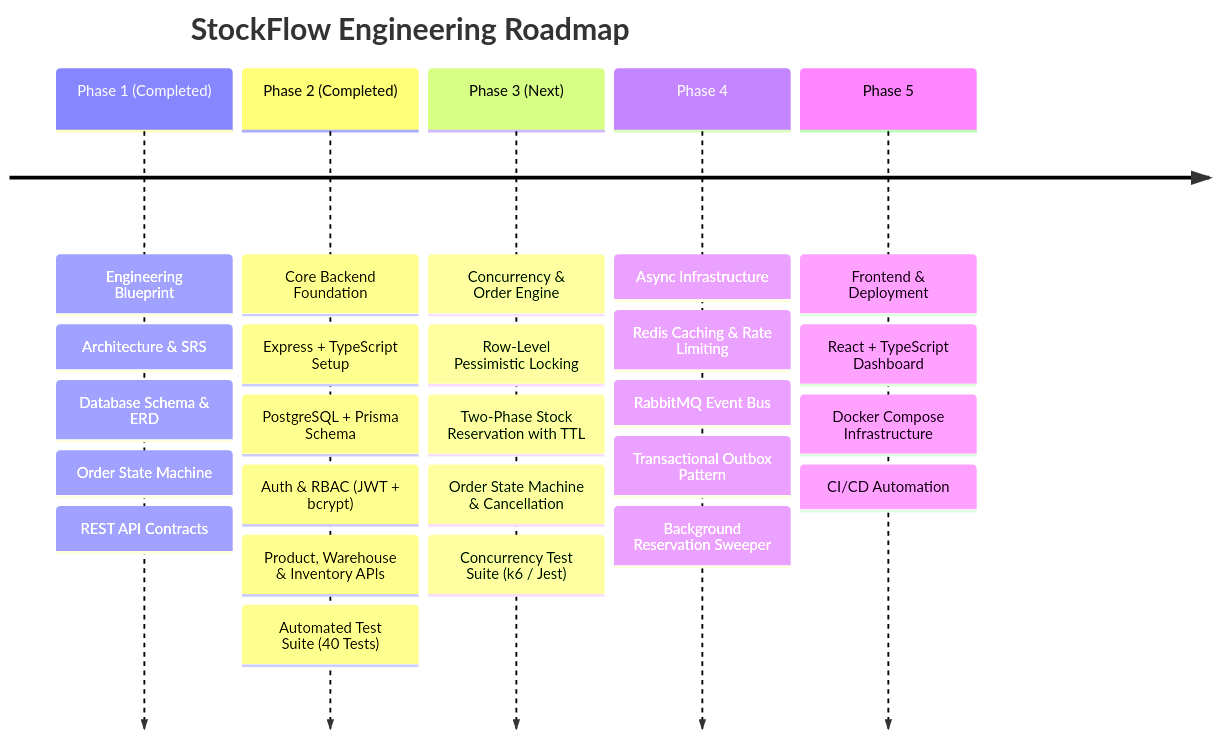
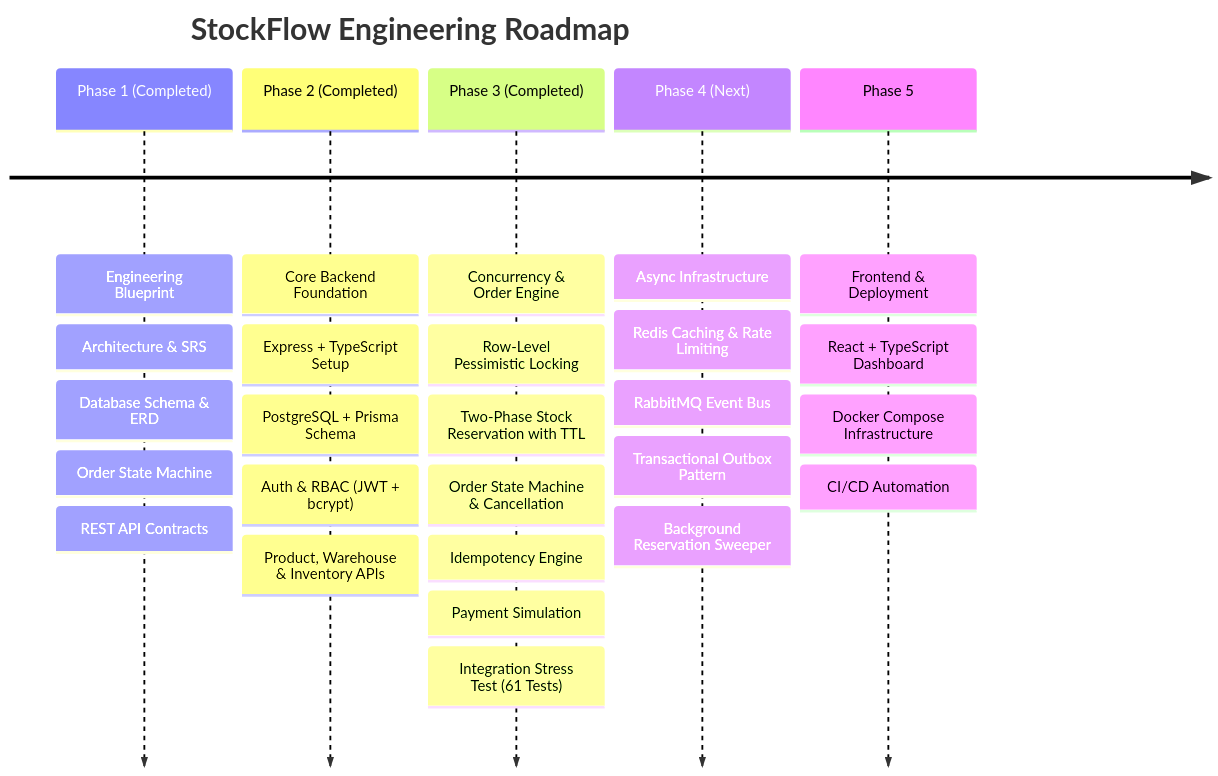
Before and after one commit to Sankalp13353/STOCK_FLOW: the diagram in README.md, drawn with Mermaid. The commit also changed other lines of this file and 22 other files, not shown here.

Commit message:
database setup completed

````diff
--- a/README.md
+++ b/README.md
@@ -39,9 +39,9 @@
 ```mermaid
 timeline
     title StockFlow Engineering Roadmap
     Phase 1 (Completed) : Engineering Blueprint : Architecture & SRS : Database Schema & ERD : Order State Machine : REST API Contracts
-    Phase 2 (Completed) : Core Backend Foundation : Express + TypeScript Setup : PostgreSQL + Prisma Schema : Auth & RBAC (JWT + bcrypt) : Product, Warehouse & Inventory APIs : Automated Test Suite (40 Tests)
-    Phase 3 (Next) : Concurrency & Order Engine : Row-Level Pessimistic Locking : Two-Phase Stock Reservation with TTL : Order State Machine & Cancellation : Concurrency Test Suite (k6 / Jest)
-    Phase 4 : Async Infrastructure : Redis Caching & Rate Limiting : RabbitMQ Event Bus : Transactional Outbox Pattern : Background Reservation Sweeper
+    Phase 2 (Completed) : Core Backend Foundation : Express + TypeScript Setup : PostgreSQL + Prisma Schema : Auth & RBAC (JWT + bcrypt) : Product, Warehouse & Inventory APIs
+    Phase 3 (Completed) : Concurrency & Order Engine : Row-Level Pessimistic Locking : Two-Phase Stock Reservation with TTL : Order State Machine & Cancellation : Idempotency Engine : Payment Simulation : Integration Stress Test (61 Tests)
+    Phase 4 (Next) : Async Infrastructure : Redis Caching & Rate Limiting : RabbitMQ Event Bus : Transactional Outbox Pattern : Background Reservation Sweeper
     Phase 5 : Frontend & Deployment : React + TypeScript Dashboard : Docker Compose Infrastructure : CI/CD Automation
 ```
````
